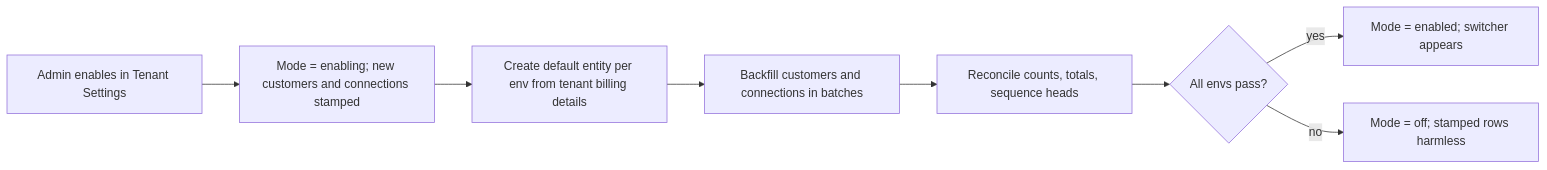
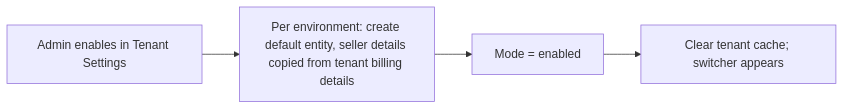
One commit to flexprice/flexprice changed the sixth of 6 diagrams in docs/design/2026-10-21-multi-entity-billing-erd.md. Above: the diagram before and after it, drawn with Mermaid. The commit also changed other lines of this file, not shown here.

First line of the commit message:
docs(billing-entities): apply review decisions

````diff
--- a/docs/design/2026-10-21-multi-entity-billing-erd.md
+++ b/docs/design/2026-10-21-multi-entity-billing-erd.md
@@ -425,10 +461,6 @@
 ```mermaid
 flowchart LR
-  A[Admin enables in Tenant Settings] --> B[Mode = enabling; new customers and connections stamped]
-  B --> C[Create default entity per env from tenant billing details]
-  C --> D[Backfill customers and connections in batches]
-  D --> E[Reconcile counts, totals, sequence heads]
-  E --> F{All envs pass?}
-  F -- yes --> G[Mode = enabled; switcher appears]
-  F -- no --> H[Mode = off; stamped rows harmless]
+  A[Admin enables in Tenant Settings] --> B[Per environment: create default entity, seller details copied from tenant billing details]
+  B --> C[Mode = enabled]
+  C --> D[Clear tenant cache; switcher appears]
 ```
````
